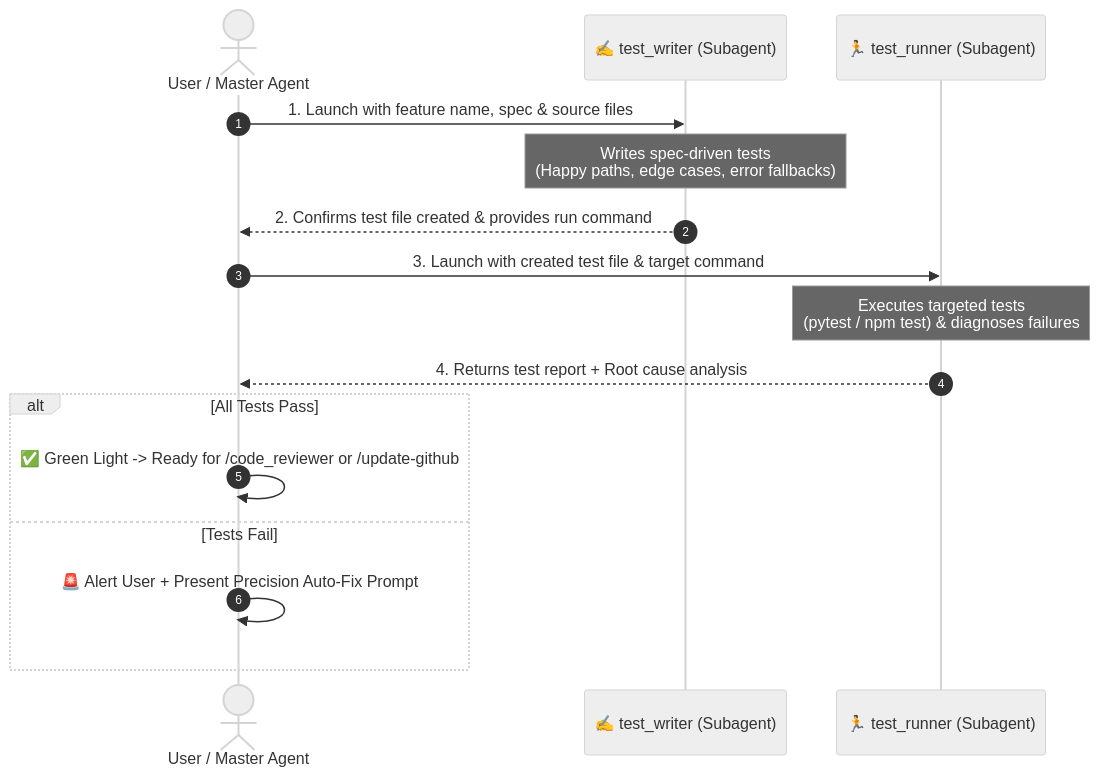
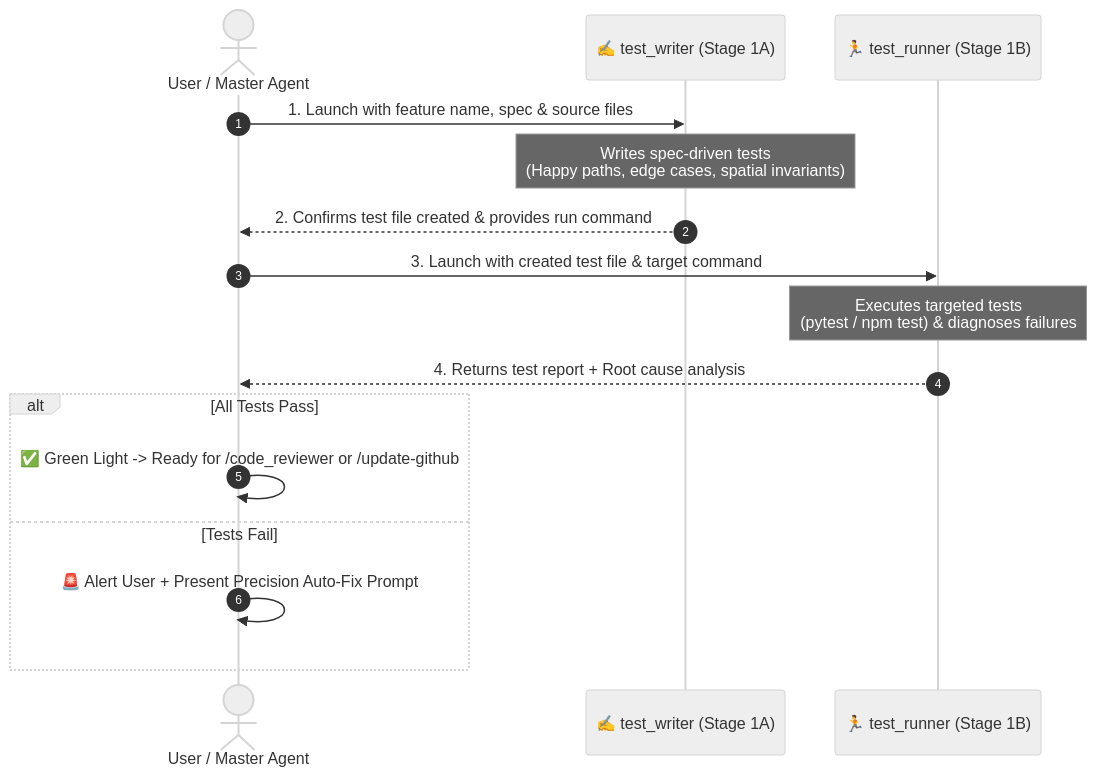
The diagram in .agents/skills/test_runner/SKILL.md (agrawalshivam279/safe-yatra), drawn with Mermaid (neutral theme) before and after one commit. The commit also changed other lines of this file and 33 other files, not shown here.

Commit message:
feat(qa): resolve audit with test_writer skill and hardened verification pipeline

````diff
--- a/.agents/skills/test_runner/SKILL.md
+++ b/.agents/skills/test_runner/SKILL.md
@@ -18,21 +18,21 @@
 ```mermaid
 sequenceDiagram
     autonumber
     actor User/Agent as User / Master Agent
-    participant TW as ✍️ test_writer (Subagent)
-    participant TR as 🏃 test_runner (Subagent)
+    participant TW as ✍️ test_writer (Stage 1A)
+    participant TR as 🏃 test_runner (Stage 1B)
     
     User/Agent->>TW: 1. Launch with feature name, spec & source files
-    Note over TW: Writes spec-driven tests<br/>(Happy paths, edge cases, error fallbacks)
+    Note over TW: Writes spec-driven tests<br/>(Happy paths, edge cases, spatial invariants)
     TW-->>User/Agent: 2. Confirms test file created & provides run command
     
     User/Agent->>TR: 3. Launch with created test file & target command
     Note over TR: Executes targeted tests<br/>(pytest / npm test) & diagnoses failures
     TR-->>User/Agent: 4. Returns test report + Root cause analysis
     
     alt All Tests Pass
         User/Agent->>User/Agent: ✅ Green Light -> Ready for /code_reviewer or /update-github
     else Tests Fail
         User/Agent->>User/Agent: 🚨 Alert User + Present Precision Auto-Fix Prompt
     end
 ```
````
